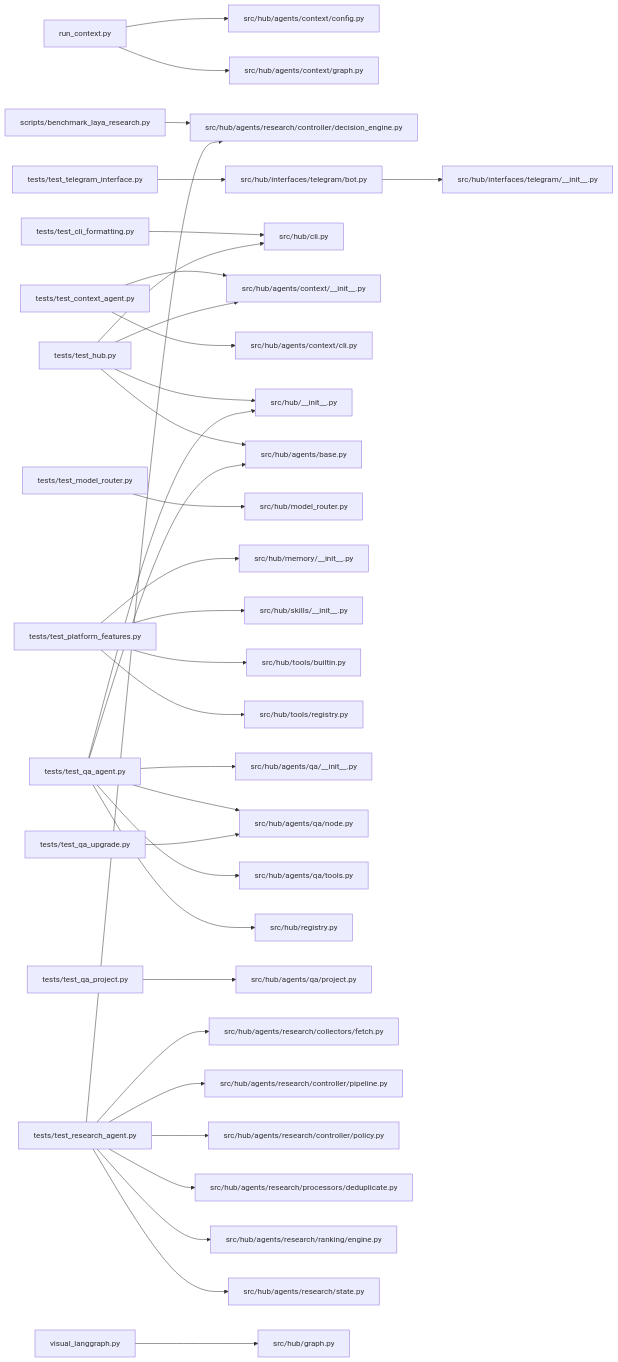
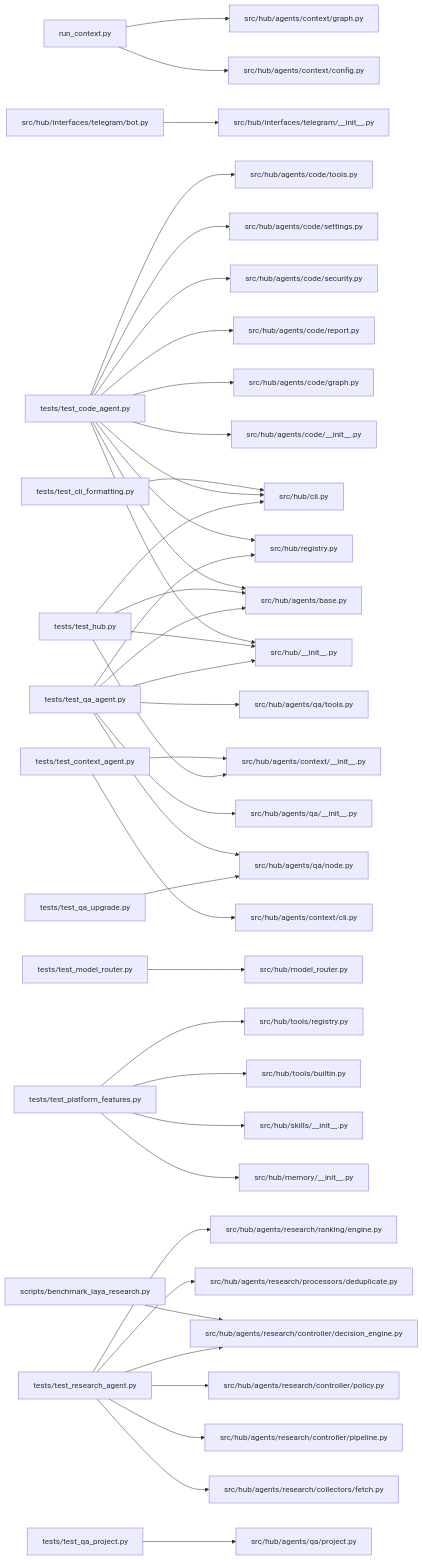
Before and after one commit to MinhTrietPhan/multiagent-free: the diagram in PROJECT_CONTEXT_full.md, drawn with Mermaid. The commit also changed other lines of this file and 15 other files, not shown here.

Commit message:
ADD code agent

````diff
--- a/PROJECT_CONTEXT_full.md
+++ b/PROJECT_CONTEXT_full.md
@@ -129,36 +142,44 @@
 ```mermaid
 graph LR
   run_context_py["run_context.py"] --> src_hub_agents_context_config_py["src/hub/agents/context/config.py"]
   run_context_py["run_context.py"] --> src_hub_agents_context_graph_py["src/hub/agents/context/graph.py"]
   scripts_benchmark_laya_research_py["scripts/benchmark_laya_research.py"] --> src_hub_agents_research_controller_decision_engine_py["src/hub/agents/research/controller/decision_engine.py"]
   src_hub_interfaces_telegram_bot_py["src/hub/interfaces/telegram/bot.py"] --> src_hub_interfaces_telegram___init___py["src/hub/interfaces/telegram/__init__.py"]
   tests_test_cli_formatting_py["tests/test_cli_formatting.py"] --> src_hub_cli_py["src/hub/cli.py"]
+  tests_test_code_agent_py["tests/test_code_agent.py"] --> src_hub___init___py["src/hub/__init__.py"]
+  tests_test_code_agent_py["tests/test_code_agent.py"] --> src_hub_agents_base_py["src/hub/agents/base.py"]
+  tests_test_code_agent_py["tests/test_code_agent.py"] --> src_hub_agents_code___init___py["src/hub/agents/code/__init__.py"]
+  tests_test_code_agent_py["tests/test_code_agent.py"] --> src_hub_agents_code_graph_py["src/hub/agents/code/graph.py"]
+  tests_test_code_agent_py["tests/test_code_agent.py"] --> src_hub_agents_code_report_py["src/hub/agents/code/report.py"]
+  tests_test_code_agent_py["tests/test_code_agent.py"] --> src_hub_agents_code_security_py["src/hub/agents/code/security.py"]
+  tests_test_code_agent_py["tests/test_code_agent.py"] --> src_hub_agents_code_settings_py["src/hub/agents/code/settings.py"]
+  tests_test_code_agent_py["tests/test_code_agent.py"] --> src_hub_agents_code_tools_py["src/hub/agents/code/tools.py"]
+  tests_test_code_agent_py["tests/test_code_agent.py"] --> src_hub_cli_py["src/hub/cli.py"]
+  tests_test_code_agent_py["tests/test_code_agent.py"] --> src_hub_registry_py["src/hub/registry.py"]
   tests_test_context_agent_py["tests/test_context_agent.py"] --> src_hub_agents_context___init___py["src/hub/agents/context/__init__.py"]
   tests_test_context_agent_py["tests/test_context_agent.py"] --> src_hub_agents_context_cli_py["src/hub/agents/context/cli.py"]
   tests_test_hub_py["tests/test_hub.py"] --> src_hub___init___py["src/hub/__init__.py"]
   tests_test_hub_py["tests/test_hub.py"] --> src_hub_agents_base_py["src/hub/agents/base.py"]
   tests_test_hub_py["tests/test_hub.py"] --> src_hub_agents_context___init___py["src/hub/agents/context/__init__.py"]
   tests_test_hub_py["tests/test_hub.py"] --> src_hub_cli_py["src/hub/cli.py"]
   tests_test_model_router_py["tests/test_model_router.py"] --> src_hub_model_router_py["src/hub/model_router.py"]
   tests_test_platform_features_py["tests/test_platform_features.py"] --> src_hub_memory___init___py["src/hub/memory/__init__.py"]
   tests_test_platform_features_py["tests/test_platform_features.py"] --> src_hub_skills___init___py["src/hub/skills/__init__.py"]
   tests_test_platform_features_py["tests/test_platform_features.py"] --> src_hub_tools_builtin_py["src/hub/tools/builtin.py"]
   tests_test_platform_features_py["tests/test_platform_features.py"] --> src_hub_tools_registry_py["src/hub/tools/registry.py"]
   tests_test_qa_agent_py["tests/test_qa_agent.py"] --> src_hub___init___py["src/hub/__init__.py"]
   tests_test_qa_agent_py["tests/test_qa_agent.py"] --> src_hub_agents_base_py["src/hub/agents/base.py"]
   tests_test_qa_agent_py["tests/test_qa_agent.py"] --> src_hub_agents_qa___init___py["src/hub/agents/qa/__init__.py"]
   tests_test_qa_agent_py["tests/test_qa_agent.py"] --> src_hub_agents_qa_node_py["src/hub/agents/qa/node.py"]
   tests_test_qa_agent_py["tests/test_qa_agent.py"] --> src_hub_agents_qa_tools_py["src/hub/agents/qa/tools.py"]
   tests_test_qa_agent_py["tests/test_qa_agent.py"] --> src_hub_registry_py["src/hub/registry.py"]
   tests_test_qa_project_py["tests/test_qa_project.py"] --> src_hub_agents_qa_project_py["src/hub/agents/qa/project.py"]
   tests_test_qa_upgrade_py["tests/test_qa_upgrade.py"] --> src_hub_agents_qa_node_py["src/hub/agents/qa/node.py"]
   tests_test_research_agent_py["tests/test_research_agent.py"] --> src_hub_agents_research_collectors_fetch_py["src/hub/agents/research/collectors/fetch.py"]
   tests_test_research_agent_py["tests/test_research_agent.py"] --> src_hub_agents_research_controller_decision_engine_py["src/hub/agents/research/controller/decision_engine.py"]
   tests_test_research_agent_py["tests/test_research_agent.py"] --> src_hub_agents_research_controller_pipeline_py["src/hub/agents/research/controller/pipeline.py"]
   tests_test_research_agent_py["tests/test_research_agent.py"] --> src_hub_agents_research_controller_policy_py["src/hub/agents/research/controller/policy.py"]
   tests_test_research_agent_py["tests/test_research_agent.py"] --> src_hub_agents_research_processors_deduplicate_py["src/hub/agents/research/processors/deduplicate.py"]
   tests_test_research_agent_py["tests/test_research_agent.py"] --> src_hub_agents_research_ranking_engine_py["src/hub/agents/research/ranking/engine.py"]
-  tests_test_research_agent_py["tests/test_research_agent.py"] --> src_hub_agents_research_state_py["src/hub/agents/research/state.py"]
-  tests_test_telegram_interface_py["tests/test_telegram_interface.py"] --> src_hub_interfaces_telegram_bot_py["src/hub/interfaces/telegram/bot.py"]
-  visual_langgraph_py["visual_langgraph.py"] --> src_hub_graph_py["src/hub/graph.py"]
+  %% +5 more edges omitted
 ```
````
